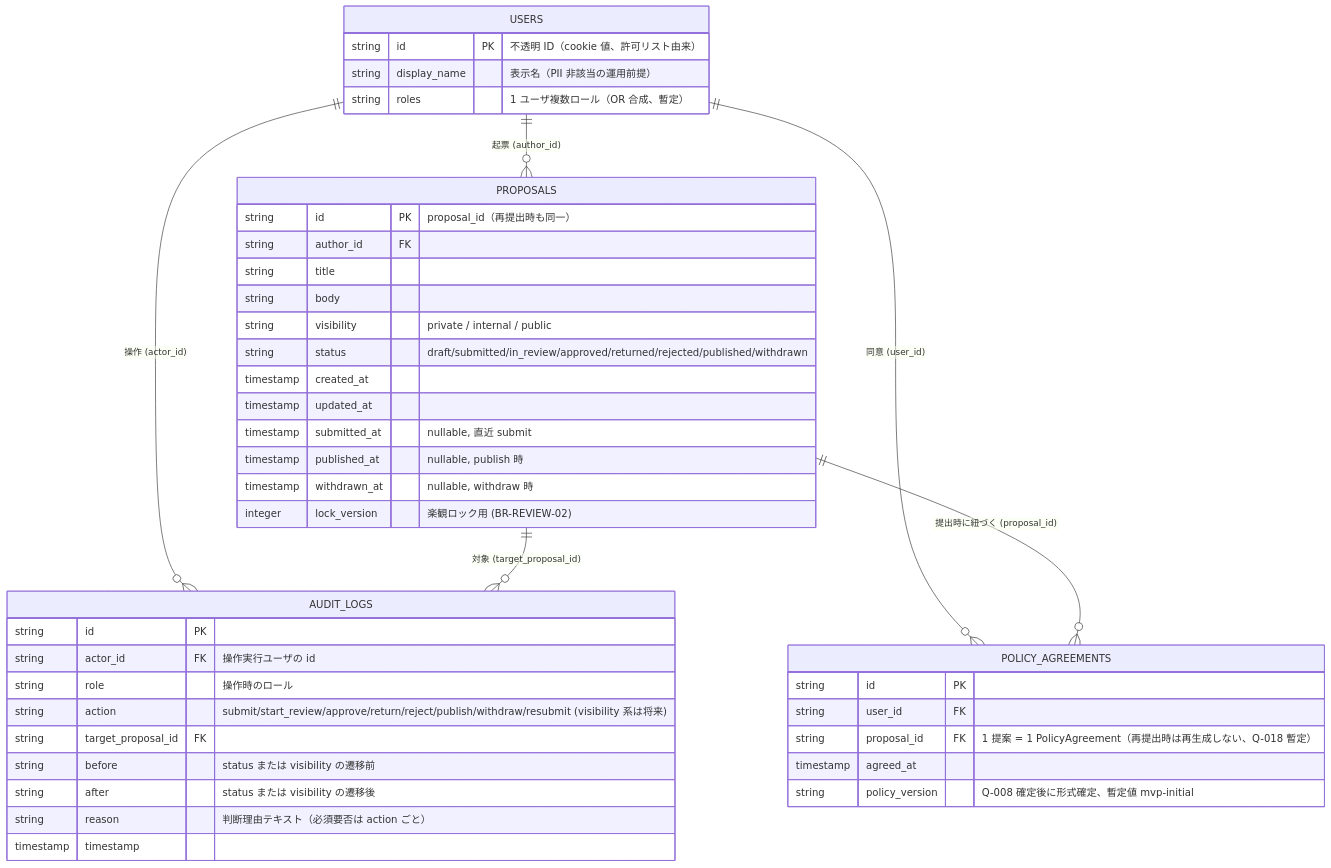
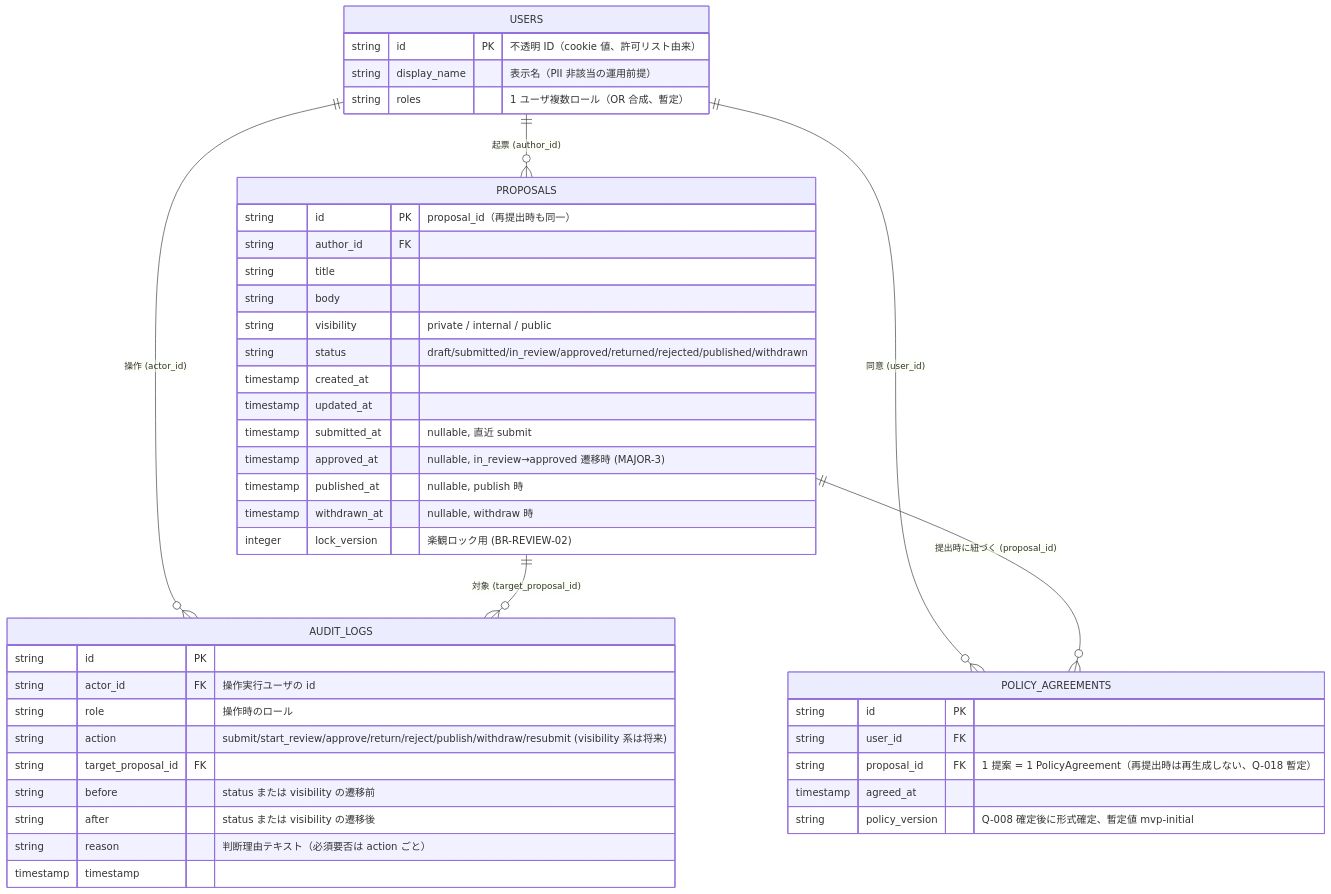
One commit to averu/viaduction changed the first of 2 diagrams in docs/10-basic-design/05-data-model.md. Above: the diagram before and after it, drawn with Mermaid. The commit also changed other lines of this file and 41 other files, not shown here.

````diff
--- a/docs/10-basic-design/05-data-model.md
+++ b/docs/10-basic-design/05-data-model.md
@@ -32,46 +32,47 @@
 ```mermaid
 erDiagram
   USERS ||--o{ PROPOSALS : "起票 (author_id)"
   USERS ||--o{ AUDIT_LOGS : "操作 (actor_id)"
   USERS ||--o{ POLICY_AGREEMENTS : "同意 (user_id)"
   PROPOSALS ||--o{ AUDIT_LOGS : "対象 (target_proposal_id)"
   PROPOSALS ||--o{ POLICY_AGREEMENTS : "提出時に紐づく (proposal_id)"
 
   USERS {
     string id PK "不透明 ID（cookie 値、許可リスト由来）"
     string display_name "表示名（PII 非該当の運用前提）"
     string roles "1 ユーザ複数ロール（OR 合成、暫定）"
   }
   PROPOSALS {
     string id PK "proposal_id（再提出時も同一）"
     string author_id FK
     string title
     string body
     string visibility "private / internal / public"
     string status "draft/submitted/in_review/approved/returned/rejected/published/withdrawn"
     timestamp created_at
     timestamp updated_at
     timestamp submitted_at "nullable, 直近 submit"
+    timestamp approved_at "nullable, in_review→approved 遷移時 (MAJOR-3)"
     timestamp published_at "nullable, publish 時"
     timestamp withdrawn_at "nullable, withdraw 時"
     integer lock_version "楽観ロック用 (BR-REVIEW-02)"
   }
   AUDIT_LOGS {
     string id PK
     string actor_id FK "操作実行ユーザの id"
     string role "操作時のロール"
     string action "submit/start_review/approve/return/reject/publish/withdraw/resubmit (visibility 系は将来)"
     string target_proposal_id FK
     string before "status または visibility の遷移前"
     string after "status または visibility の遷移後"
     string reason "判断理由テキスト（必須要否は action ごと）"
     timestamp timestamp
   }
   POLICY_AGREEMENTS {
     string id PK
     string user_id FK
     string proposal_id FK "1 提案 = 1 PolicyAgreement（再提出時は再生成しない、Q-018 暫定）"
     timestamp agreed_at
     string policy_version "Q-008 確定後に形式確定、暫定値 mvp-initial"
   }
 ```
````
